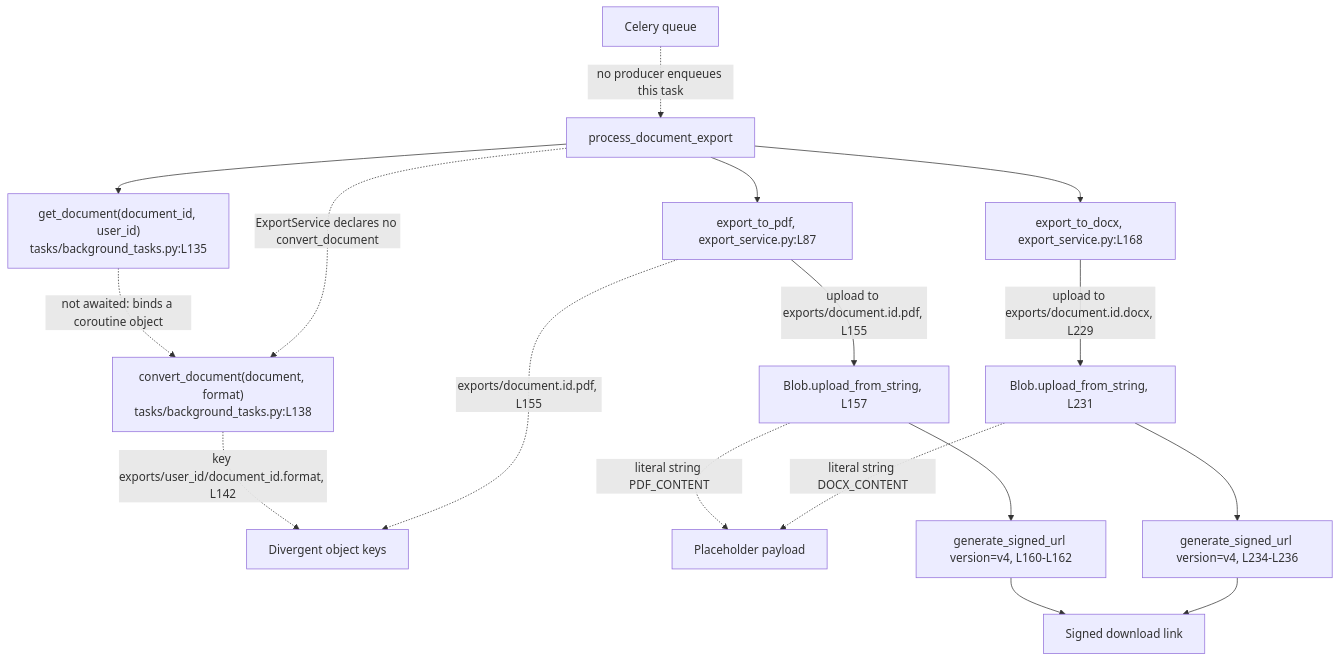
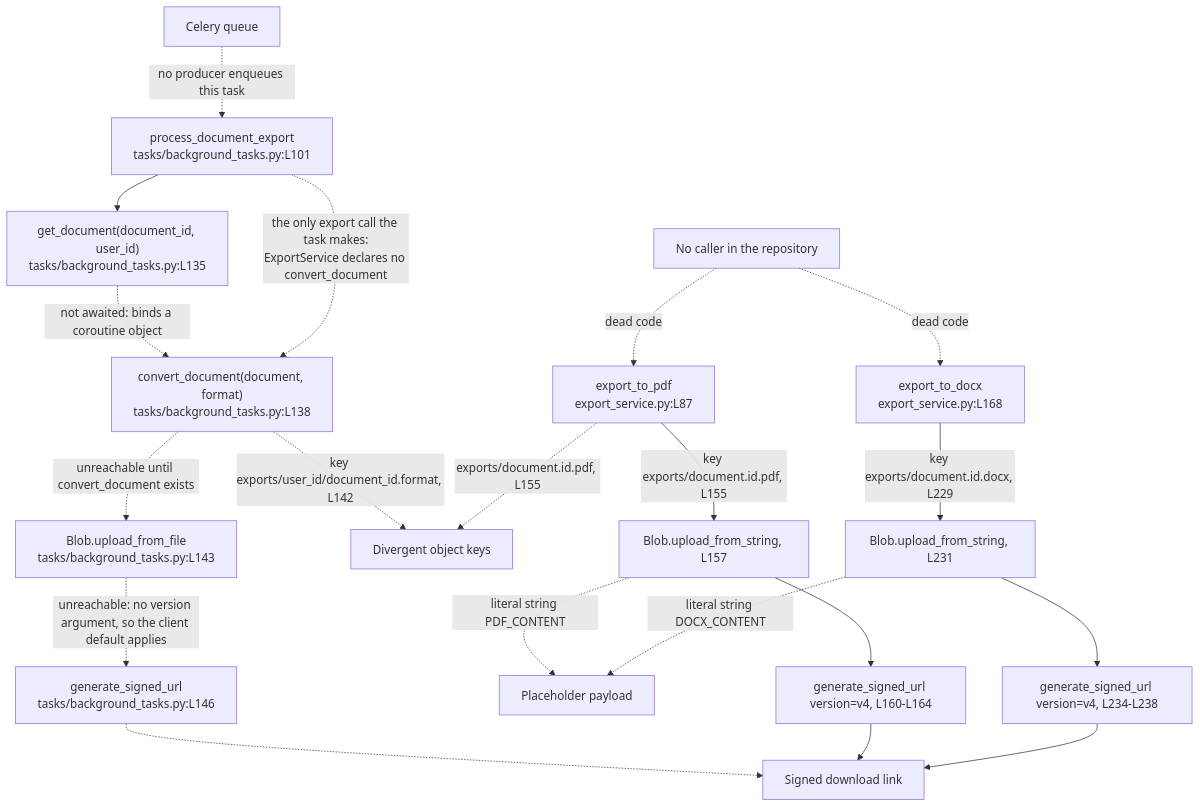
One commit to blitzy-public-samples/microsoft-word-u33ko0 changed the second of 2 diagrams in backend/app/services/README.md. Above: the diagram before and after it, drawn with Mermaid. The commit also changed other lines of this file and 53 other files, not shown here.

````diff
--- a/backend/app/services/README.md
+++ b/backend/app/services/README.md
@@ -170,20 +164,25 @@
 ```mermaid
 flowchart TD
-    Q["Celery queue"] -.->|"no producer enqueues this task"| T["process_document_export"]
+    Q["Celery queue"] -.->|"no producer enqueues this task"| T["process_document_export<br/>tasks/background_tasks.py:L101"]
     T --> G["get_document(document_id, user_id)<br/>tasks/background_tasks.py:L135"]
     G -.->|"not awaited: binds a coroutine object"| C
-    T -.->|"ExportService declares no convert_document"| C["convert_document(document, format)<br/>tasks/background_tasks.py:L138"]
+    T -.->|"the only export call the task makes:<br/>ExportService declares no convert_document"| C["convert_document(document, format)<br/>tasks/background_tasks.py:L138"]
+    C -.->|"unreachable until convert_document exists"| UT["Blob.upload_from_file<br/>tasks/background_tasks.py:L143"]
+    UT -.->|"unreachable: no version argument, so the client default applies"| ST["generate_signed_url<br/>tasks/background_tasks.py:L146"]
+    ST -.-> URL["Signed download link"]
     C -.->|"key exports/user_id/document_id.format, L142"| K["Divergent object keys"]
 
-    T --> P["export_to_pdf, export_service.py:L87"]
-    T --> D["export_to_docx, export_service.py:L168"]
-    P -->|"upload to exports/document.id.pdf, L155"| UP["Blob.upload_from_string, L157"]
-    D -->|"upload to exports/document.id.docx, L229"| UD["Blob.upload_from_string, L231"]
+    NC["No caller in the repository"] -.->|"dead code"| P["export_to_pdf<br/>export_service.py:L87"]
+    NC -.->|"dead code"| D["export_to_docx<br/>export_service.py:L168"]
+    P -->|"key exports/document.id.pdf, L155"| UP["Blob.upload_from_string, L157"]
+    D -->|"key exports/document.id.docx, L229"| UD["Blob.upload_from_string, L231"]
     UP -.->|"literal string PDF_CONTENT"| PL["Placeholder payload"]
     UD -.->|"literal string DOCX_CONTENT"| PL
-    UP --> SP["generate_signed_url version=v4, L160-L162"]
-    UD --> SD["generate_signed_url version=v4, L234-L236"]
-    SP --> URL["Signed download link"]
+    UP --> SP["generate_signed_url version=v4, L160-L164"]
+    UD --> SD["generate_signed_url version=v4, L234-L238"]
+    SP --> URL
     SD --> URL
     P -.->|"exports/document.id.pdf, L155"| K
+%% Dashed edges mark a call that does not exist or cannot resolve.
+%% Solid edges inside export_to_pdf and export_to_docx are written and unreached.
 ```
````
